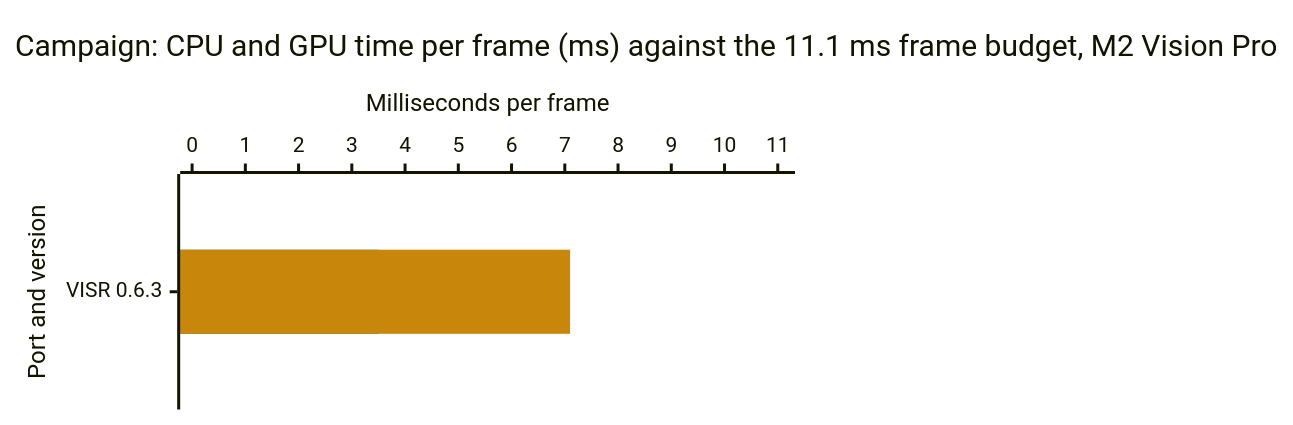
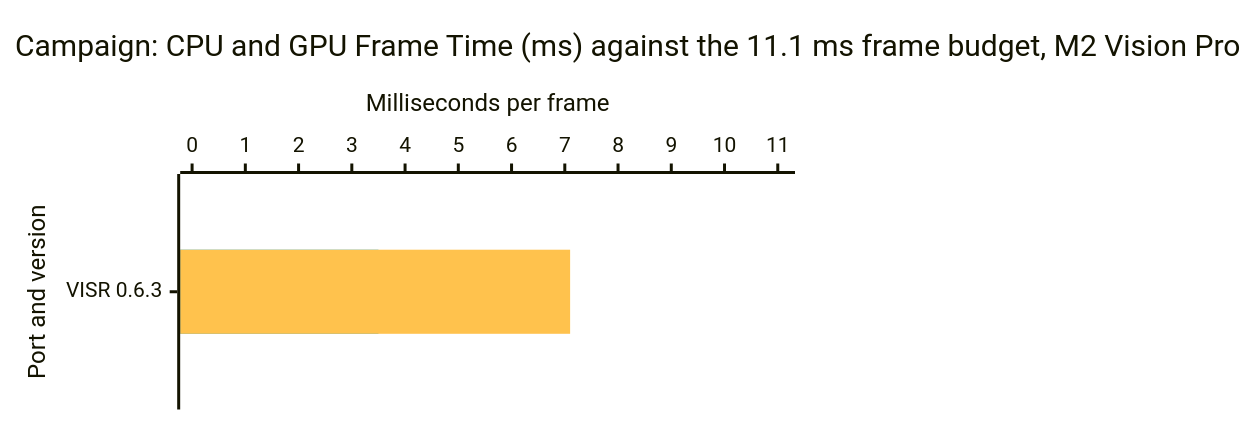
Before and after one commit to steverice/visr: the fifth of 5 diagrams in docs/benchmarks.md, drawn with Mermaid. The commit also changed other lines of this file and 16 other files, not shown here.

````diff
--- a/docs/benchmarks.md
+++ b/docs/benchmarks.md
@@ -136,17 +136,17 @@
 ```mermaid
 ---
 config:
   xyChart:
     width: 520
     height: 263
   themeVariables:
     xyChart:
-      plotColorPalette: "#1593bd, #c8870a"
+      plotColorPalette: "#1fa9d4, #ffc24d"
 ---
 xychart-beta horizontal
-    title "Campaign: CPU and GPU time per frame (ms) against the 11.1 ms frame budget, M2 Vision Pro"
+    title "Campaign: CPU and GPU Frame Time (ms) against the 11.1 ms frame budget, M2 Vision Pro"
     x-axis "Port and version" ["VISR 0.6.3"]
     y-axis "Milliseconds per frame" 0 --> 11.1
     bar [3.5]
     bar [7.1]
 ```
````
